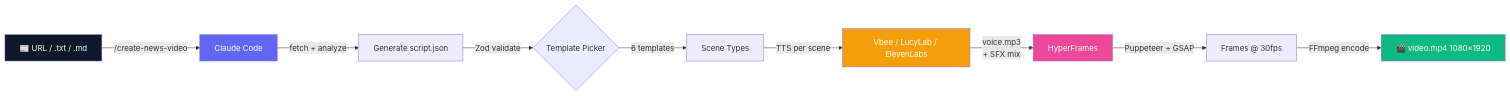
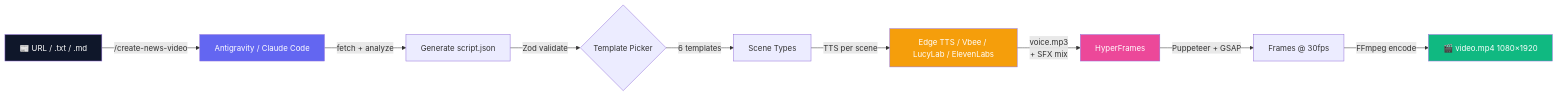
Before and after one commit to Cuongyd196/auto-video-gen: the diagram in README.en.md, drawn with Mermaid. The commit also changed other lines of this file and 13 other files, not shown here.

Commit message:
feat: implement modular TTS architecture with Edge TTS support and integrated pipeline configuration.

````diff
--- a/README.en.md
+++ b/README.en.md
@@ -170,17 +168,17 @@
 ```mermaid
 flowchart LR
-    A[📰 URL / .txt / .md] -->|/create-news-video| B[Claude Code]
+    A[📰 URL / .txt / .md] -->|/create-news-video| B[Antigravity / Claude Code]
     B -->|fetch + analyze| C[Generate script.json]
     C -->|Zod validate| D{Template Picker}
     D -->|6 templates| E[Scene Types]
-    E -->|TTS per scene| F[Vbee / LucyLab / ElevenLabs]
+    E -->|TTS per scene| F[Edge TTS / Vbee / LucyLab / ElevenLabs]
     F -->|voice.mp3<br/>+ SFX mix| G[HyperFrames]
     G -->|Puppeteer + GSAP| H[Frames @ 30fps]
     H -->|FFmpeg encode| I[🎬 video.mp4 1080×1920]
 
     style A fill:#0f172a,color:#fff
     style I fill:#10b981,color:#fff
     style B fill:#6366f1,color:#fff
     style F fill:#f59e0b,color:#fff
     style G fill:#ec4899,color:#fff
 ```
````
